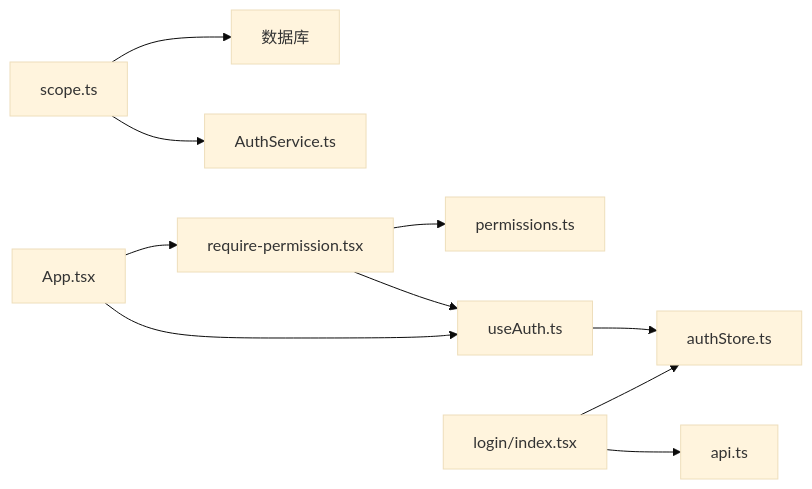
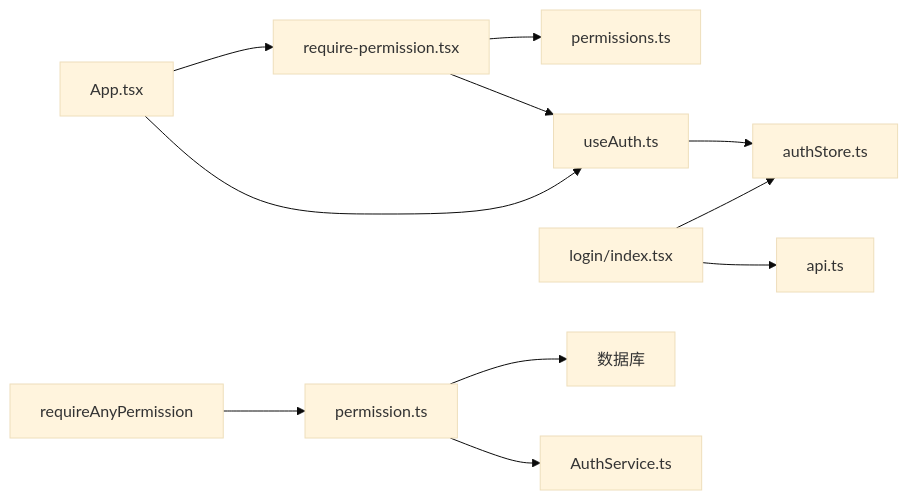
Before and after one commit to Damao997/newproject: the ninth of 9 diagrams in .qoder/repowiki/zh/content/安全指南/认证与授权安全.md, drawn with Mermaid (base theme). The commit also changed other lines of this file and 62 other files, not shown here.

````diff
--- a/.qoder/repowiki/zh/content/安全指南/认证与授权安全.md
+++ b/.qoder/repowiki/zh/content/安全指南/认证与授权安全.md
@@ -402,12 +442,13 @@
 ```mermaid
 graph LR
 useAuth["useAuth.ts"] --> authStore["authStore.ts"]
 requirePerm["require-permission.tsx"] --> useAuth
 requirePerm --> permissions["permissions.ts"]
 loginPage["login/index.tsx"] --> api["api.ts"]
 loginPage --> authStore
 app["App.tsx"] --> useAuth
 app --> requirePerm
-scopeMiddleware["scope.ts"] --> authService["AuthService.ts"]
+scopeMiddleware["permission.ts"] --> authService["AuthService.ts"]
 scopeMiddleware --> db["数据库"]
+anyPerm["requireAnyPermission"] --> scopeMiddleware
 ```
````
